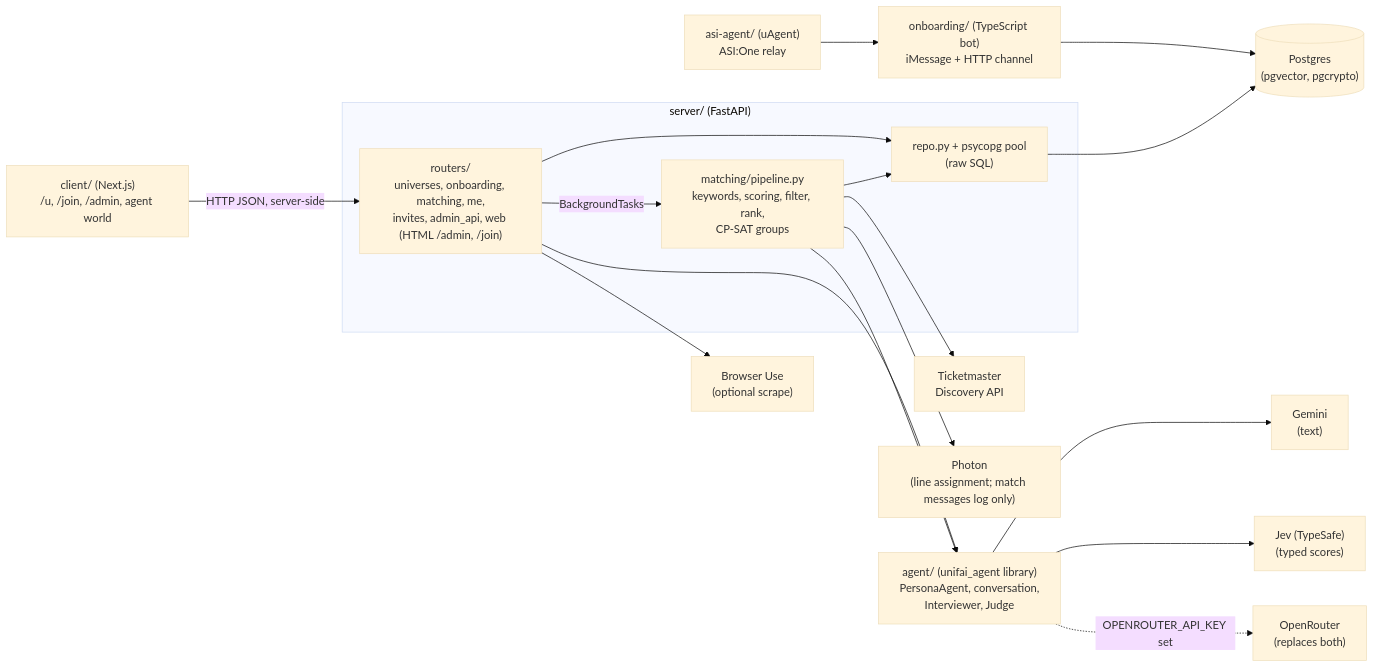
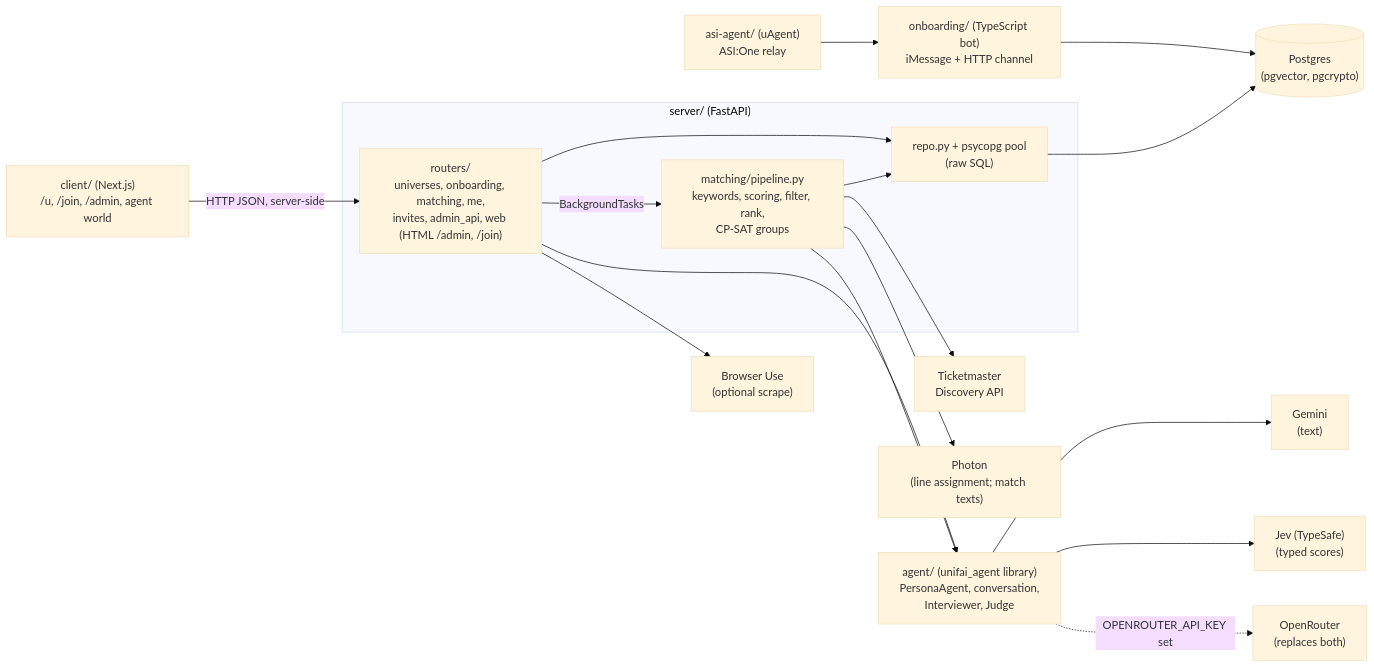
One commit to cng04/unif.ai changed the diagram in README.md. Above: the diagram before and after it, drawn with Mermaid (base theme). The commit also changed other lines of this file and 5 other files, not shown here.

First line of the commit message:
Send iMessages through Photon instead of only logging

````diff
--- a/README.md
+++ b/README.md
@@ -38,20 +38,20 @@
 ```mermaid
 flowchart LR
     Client["client/ (Next.js)\n/u, /join, /admin, agent world"] -->|HTTP JSON, server-side| API
     Bot["onboarding/ (TypeScript bot)\niMessage + HTTP channel"] --> DB
     ASI["asi-agent/ (uAgent)\nASI:One relay"] --> Bot
     subgraph Server["server/ (FastAPI)"]
         API["routers/\nuniverses, onboarding, matching, me,\ninvites, admin_api, web (HTML /admin, /join)"] --> Repo["repo.py + psycopg pool\n(raw SQL)"]
         API -->|BackgroundTasks| Pipeline["matching/pipeline.py\nkeywords, scoring, filter, rank,\nCP-SAT groups"]
         Pipeline --> Repo
     end
     Repo --> DB[("Postgres\n(pgvector, pgcrypto)")]
     API --> Agent
     Pipeline --> Agent["agent/ (unifai_agent library)\nPersonaAgent, conversation,\nInterviewer, Judge"]
     Agent --> Gemini["Gemini\n(text)"]
     Agent --> Jev["Jev (TypeSafe)\n(typed scores)"]
     Agent -.->|"OPENROUTER_API_KEY set"| OR["OpenRouter\n(replaces both)"]
     Pipeline --> TM["Ticketmaster\nDiscovery API"]
-    Pipeline --> Photon["Photon\n(line assignment; match messages log only)"]
+    Pipeline --> Photon["Photon\n(line assignment; match texts)"]
     API --> BU["Browser Use\n(optional scrape)"]
 ```
````
